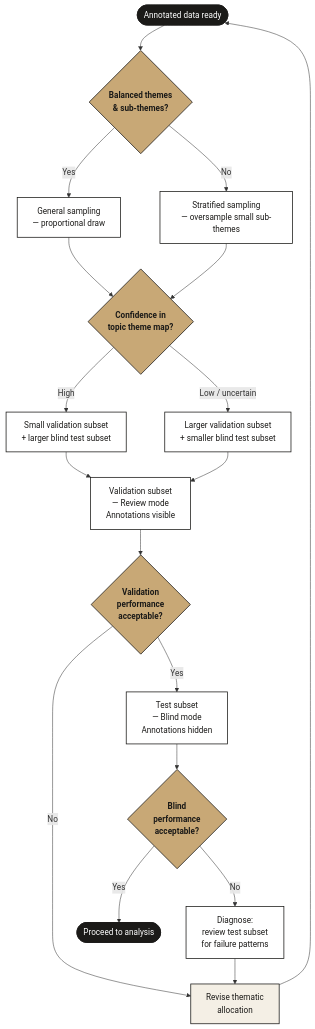
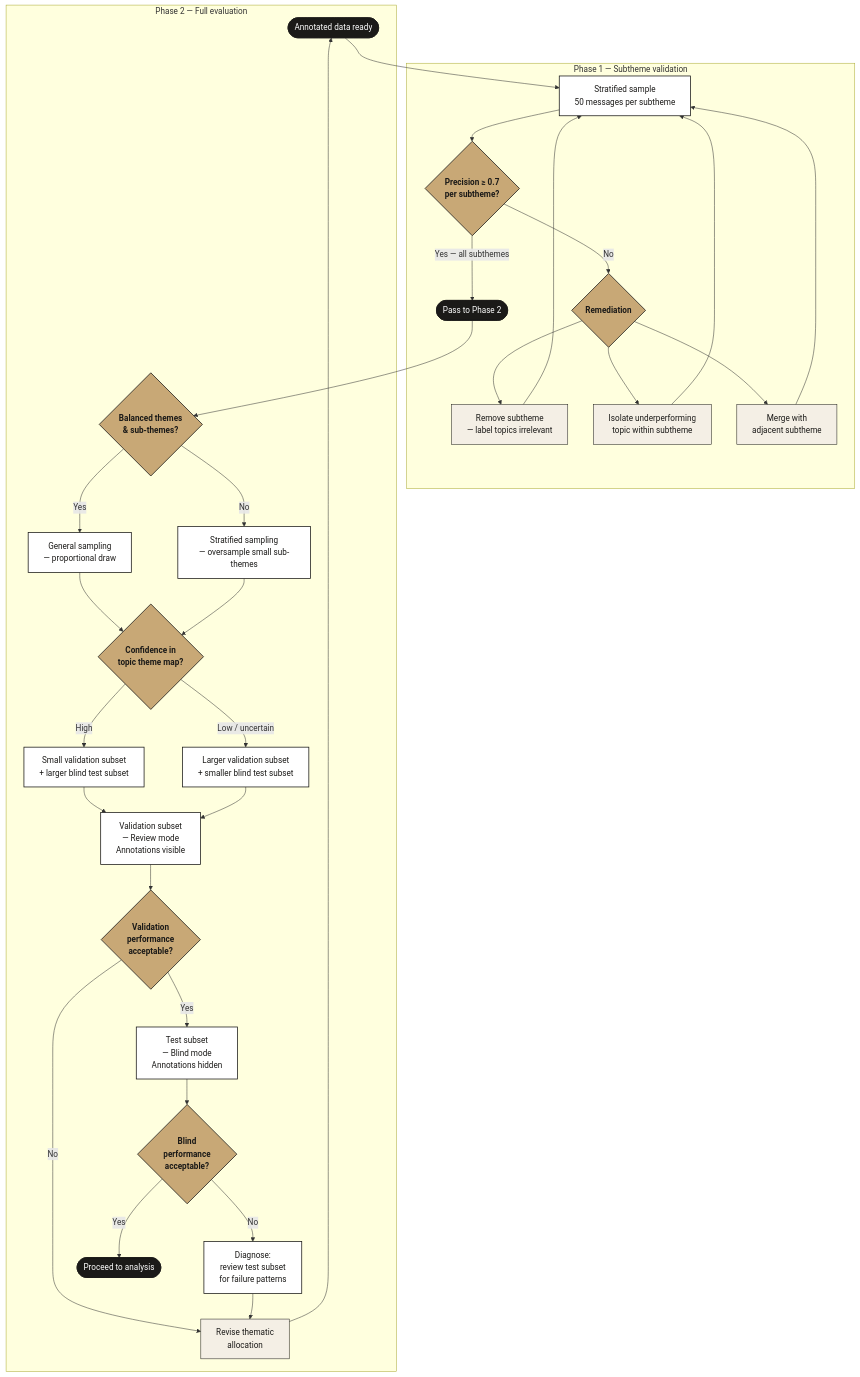
One commit to ay94/topic-modeling-recipes changed the diagram in docs/evaluation/README.md. Above: the diagram before and after it, drawn with Mermaid. The commit also changed other lines of this file, not shown here.

Commit message:
Add Phase 1 subtheme validation gate to evaluation doc: 50/subtheme, 0.7 threshold, remediation paths, updated flowchart

````diff
--- a/docs/evaluation/README.md
+++ b/docs/evaluation/README.md
@@ -13,38 +13,55 @@
 ```mermaid
 flowchart TD
-    A([Annotated data ready]) --> B
+    A([Annotated data ready]) --> P1
 
-    B{Balanced themes\n& sub-themes?}
-    B -->|Yes| C["General sampling\n— proportional draw"]
-    B -->|No| D["Stratified sampling\n— oversample small sub-themes"]
-    C --> E
-    D --> E
+    subgraph Phase1["Phase 1 — Subtheme validation"]
+        P1["Stratified sample\n50 messages per subtheme"] --> P2{Precision ≥ 0.7\nper subtheme?}
+        P2 -->|Yes — all subthemes| P3([Pass to Phase 2])
+        P2 -->|No| P4{Remediation}
+        P4 --> P4a["Remove subtheme\n— label topics irrelevant"]
+        P4 --> P4b["Isolate underperforming\ntopic within subtheme"]
+        P4 --> P4c["Merge with\nadjacent subtheme"]
+        P4a --> P1
+        P4b --> P1
+        P4c --> P1
+    end
 
-    E{Confidence in\ntopic theme map?}
-    E -->|High| F["Small validation subset\n+ larger blind test subset"]
-    E -->|Low / uncertain| G["Larger validation subset\n+ smaller blind test subset"]
-    F --> H
-    G --> H
+    P3 --> B
 
-    H["Validation subset\n— Review mode\nAnnotations visible"]
-    H --> I{Validation\nperformance\nacceptable?}
-    I -->|No| J["Revise thematic\nallocation"]
-    J --> A
-    I -->|Yes| K
+    subgraph Phase2["Phase 2 — Full evaluation"]
+        B{Balanced themes\n& sub-themes?}
+        B -->|Yes| C["General sampling\n— proportional draw"]
+        B -->|No| D["Stratified sampling\n— oversample small sub-themes"]
+        C --> E
+        D --> E
 
-    K["Test subset\n— Blind mode\nAnnotations hidden"]
-    K --> L{Blind\nperformance\nacceptable?}
-    L -->|No| M["Diagnose:\nreview test subset\nfor failure patterns"]
-    M --> J
-    L -->|Yes| N([Proceed to analysis])
+        E{Confidence in\ntopic theme map?}
+        E -->|High| F["Small validation subset\n+ larger blind test subset"]
+        E -->|Low / uncertain| G["Larger validation subset\n+ smaller blind test subset"]
+        F --> H
+        G --> H
+
+        H["Validation subset\n— Review mode\nAnnotations visible"]
+        H --> I{Validation\nperformance\nacceptable?}
+        I -->|No| J["Revise thematic\nallocation"]
+        J --> A
+        I -->|Yes| K
+
+        K["Test subset\n— Blind mode\nAnnotations hidden"]
+        K --> L{Blind\nperformance\nacceptable?}
+        L -->|No| M["Diagnose:\nreview test subset\nfor failure patterns"]
+        M --> J
+        L -->|Yes| N([Proceed to analysis])
+    end
 
     classDef process fill:#ffffff,stroke:#1B1A18,stroke-width:1.5px,color:#1B1A18
     classDef decision fill:#C8A876,stroke:#1B1A18,stroke-width:1.5px,color:#1B1A18,font-weight:bold
     classDef terminal fill:#1B1A18,stroke:#1B1A18,color:#ffffff,stroke-width:1.5px
     classDef action fill:#F4EFE5,stroke:#1B1A18,stroke-width:1.5px,color:#1B1A18
+    classDef remediation fill:#F4EFE5,stroke:#1B1A18,stroke-width:1px,color:#1B1A18
 
-    class C,D,F,G,H,K,M process
-    class B,E,I,L decision
-    class A,N terminal
-    class J action
+    class C,D,F,G,H,K,M,P1 process
+    class B,E,I,L,P2,P4 decision
+    class A,N,P3 terminal
+    class J,P4a,P4b,P4c remediation
 ```
````
